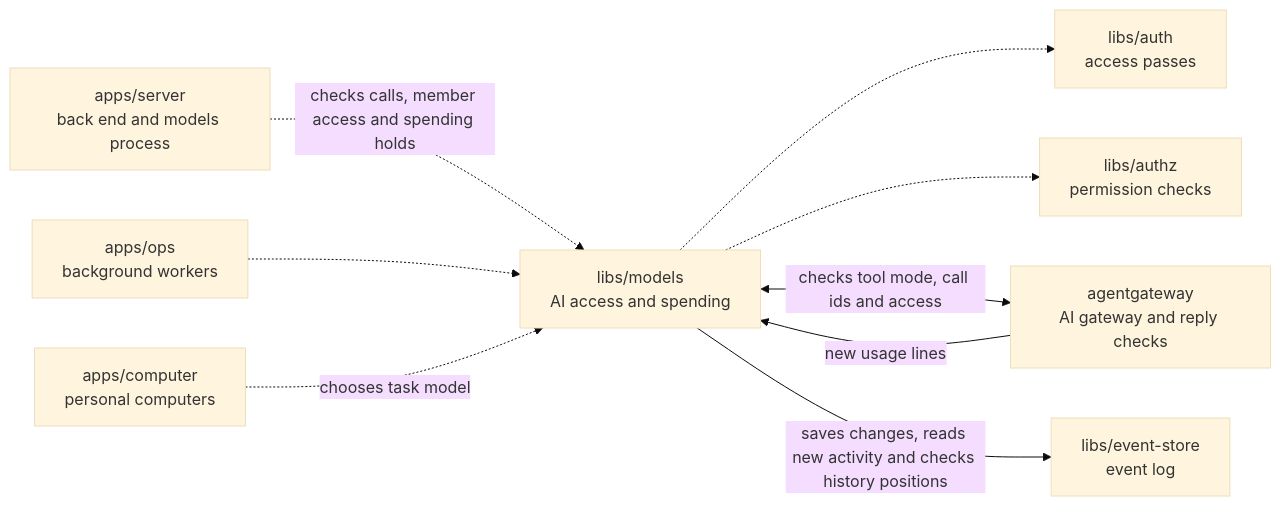
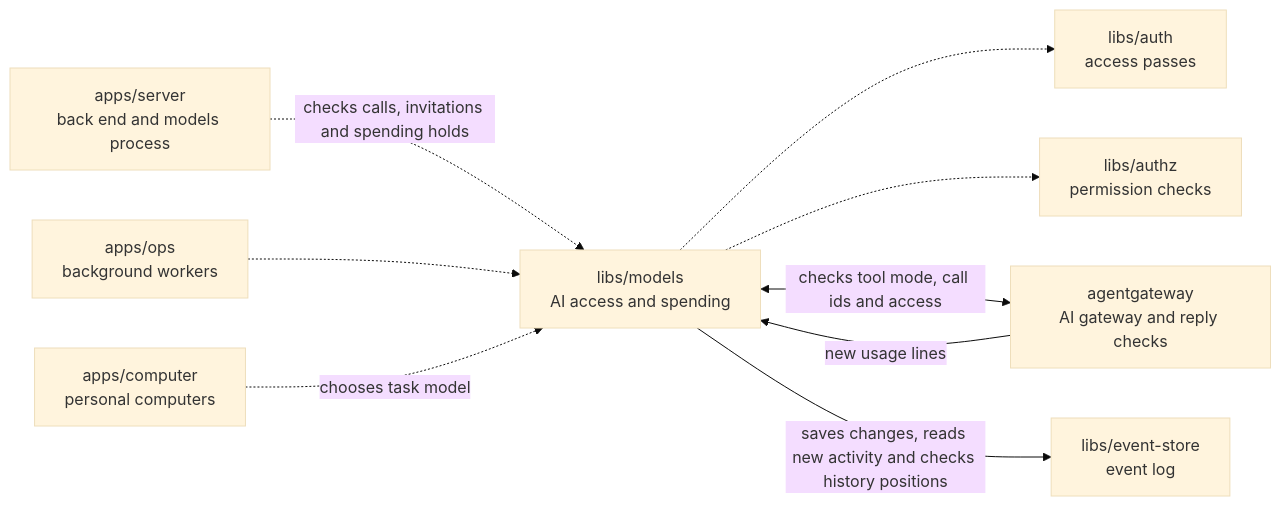
The diagram in libs/models/README.md (elewa-git/opencrane-new), drawn with Mermaid (base theme) before and after one commit. The commit also changed other lines of this file and 21 other files, not shown here.

````diff
--- a/libs/models/README.md
+++ b/libs/models/README.md
@@ -11,11 +11,11 @@
 ```mermaid
 flowchart LR
-  server["apps/server<br/>back end and models process"] -.->|checks calls, member access and spending holds| models["libs/models<br/>AI access and spending"]
+  server["apps/server<br/>back end and models process"] -.->|checks calls, invitations and spending holds| models["libs/models<br/>AI access and spending"]
   ops["apps/ops<br/>background workers"] -.-> models
   computer["apps/computer<br/>personal computers"] -.->|chooses task model| models
   models -.-> auth["libs/auth<br/>access passes"]
   models -.-> authz["libs/authz<br/>permission checks"]
   models <-->|checks tool mode, call ids and access| gateway["agentgateway<br/>AI gateway and reply checks"]
   gateway -->|new usage lines| models
   models -->|saves changes, reads new activity and checks history positions| store["libs/event-store<br/>event log"]
 ```
````
